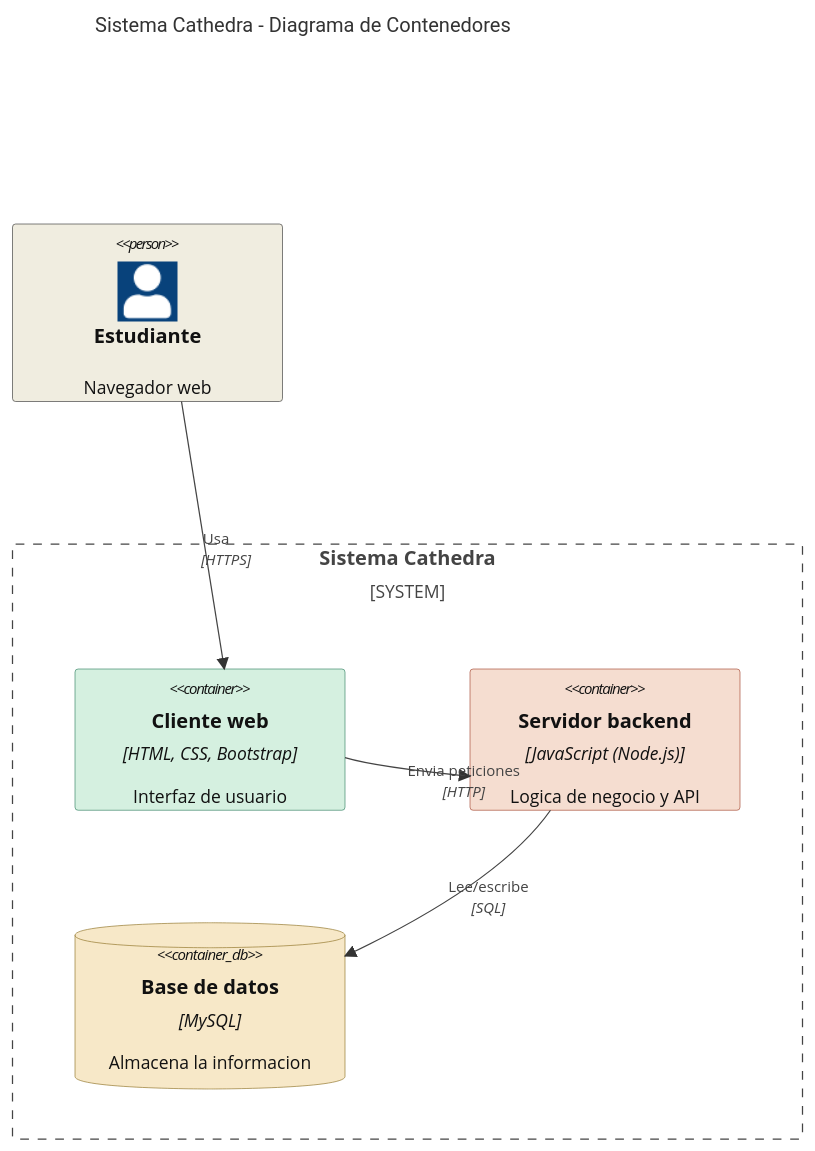
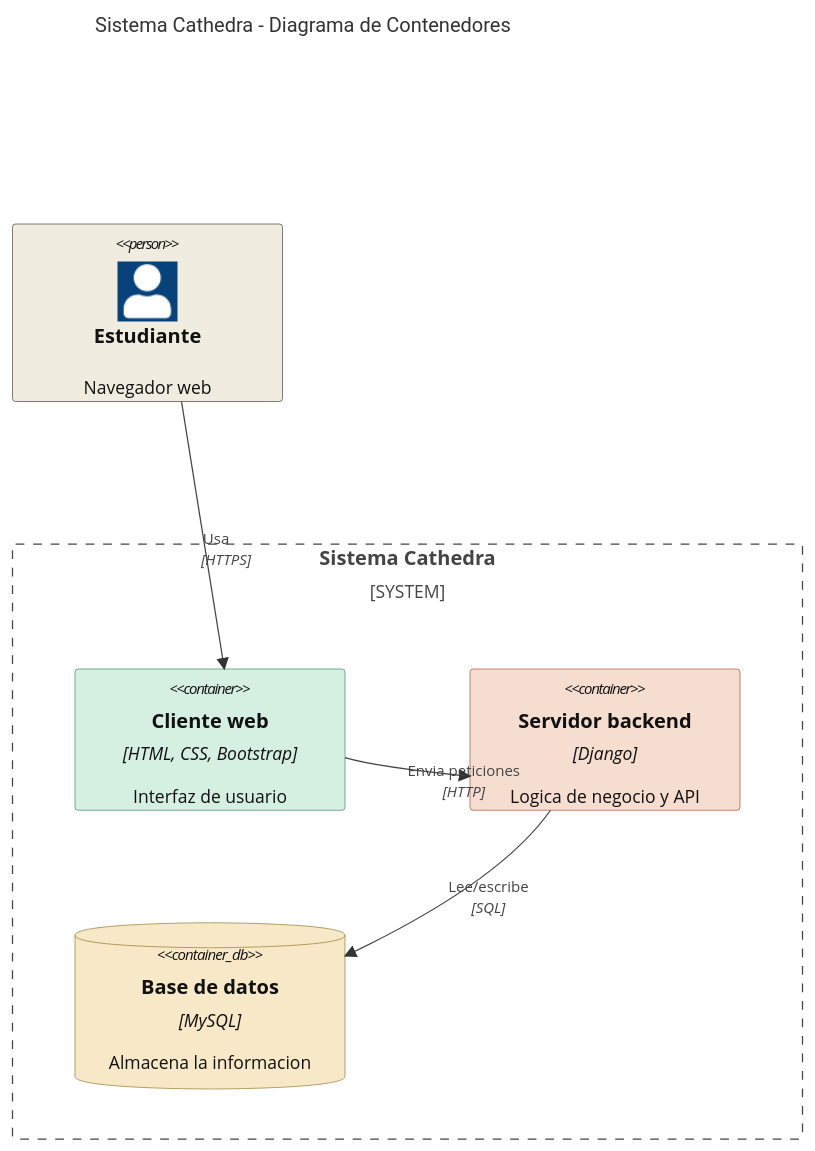
The second of 2 diagrams in README.md (davidmalaver81/cathedra), drawn with Mermaid before and after one commit.

````diff
--- a/README.md
+++ b/README.md
@@ -21,21 +21,21 @@
 ```mermaid
 C4Container
     title Sistema Cathedra - Diagrama de Contenedores
 
     Person(estudiante, "Estudiante", "Navegador web")
 
     System_Boundary(cathedra, "Sistema Cathedra") {
         Container(cliente, "Cliente web", "HTML, CSS, Bootstrap", "Interfaz de usuario")
-        Container(backend, "Servidor backend", "JavaScript (Node.js)", "Logica de negocio y API")
+        Container(backend, "Servidor backend", "Django", "Logica de negocio y API")
         ContainerDb(db, "Base de datos", "MySQL", "Almacena la informacion")
     }
 
     Rel(estudiante, cliente, "Usa", "HTTPS")
     Rel(cliente, backend, "Envia peticiones", "HTTP")
     Rel(backend, db, "Lee/escribe", "SQL")
 
     UpdateElementStyle(estudiante, $bgColor="#f0ede0", $borderColor="#333333", $fontColor="#111111")
     UpdateElementStyle(cliente, $bgColor="#d5f0e0", $borderColor="#2e7d5f", $fontColor="#111111")
     UpdateElementStyle(backend, $bgColor="#f5ddd0", $borderColor="#a0402a", $fontColor="#111111")
     UpdateElementStyle(db, $bgColor="#f7e8c8", $borderColor="#8a6d1f", $fontColor="#111111")
 ```
````
